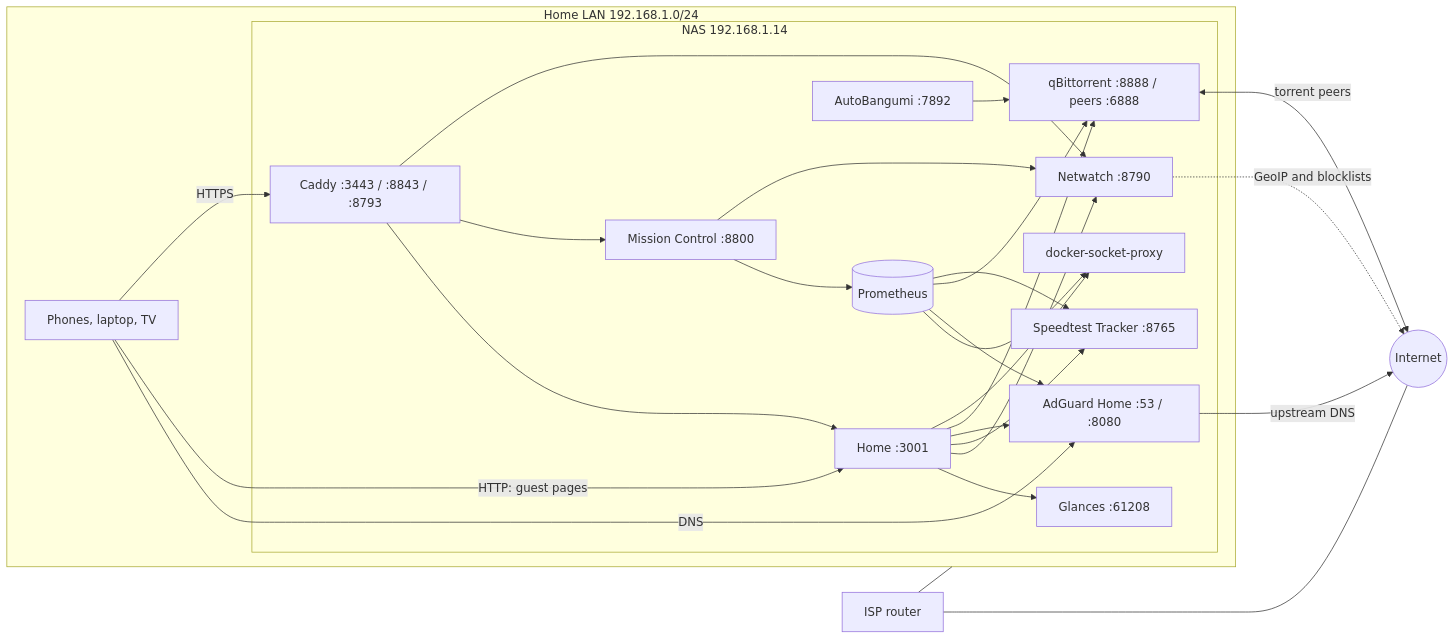
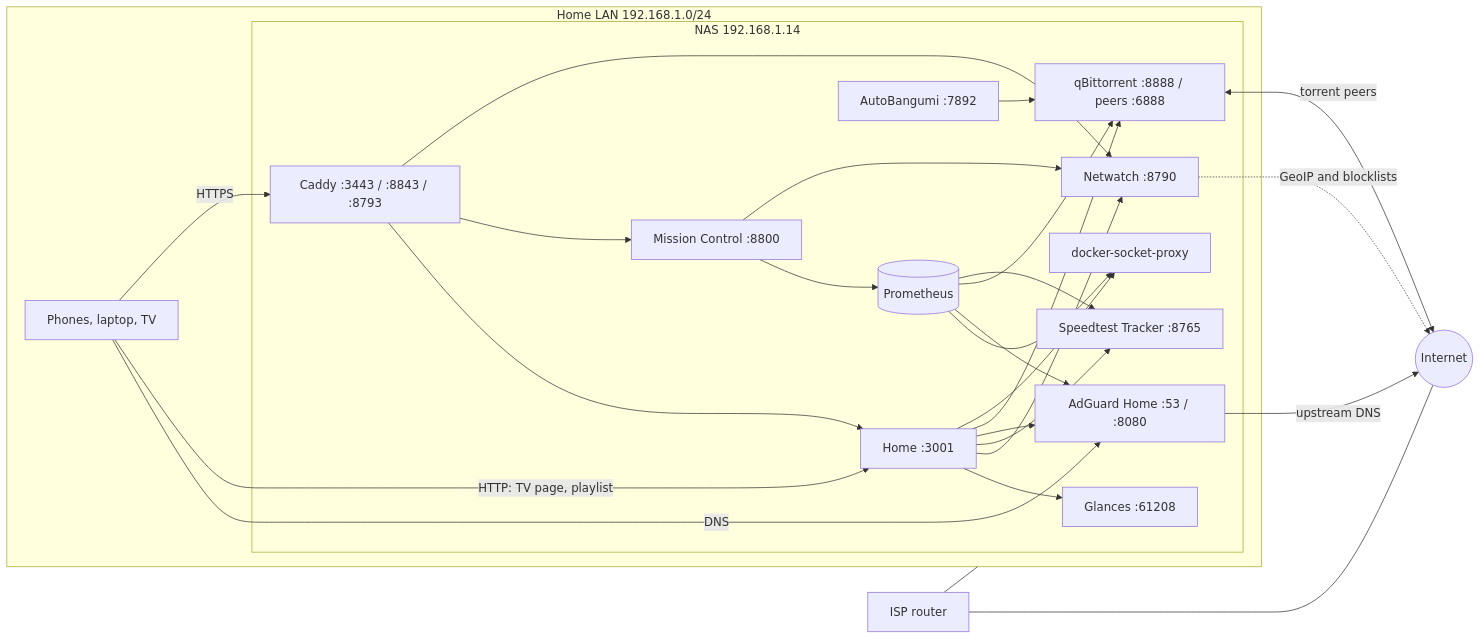
One commit to Achar0/nas-homelab changed the diagram in README.md. Above: the diagram before and after it, drawn with Mermaid. The commit also changed other lines of this file and 12 other files, not shown here.

````diff
--- a/README.md
+++ b/README.md
@@ -93,33 +93,33 @@
 ```mermaid
 flowchart LR
   subgraph LAN[Home LAN 192.168.1.0/24]
     Devices[Phones, laptop, TV] -- DNS --> AdGuard
-    Devices -- HTTP: guest pages --> Homepage
+    Devices -- "HTTP: TV page, playlist" --> Homepage
     Devices -- HTTPS --> Caddy
     subgraph NAS[NAS 192.168.1.14]
       Caddy[Caddy :3443 / :8843 / :8793]
       Caddy --> Homepage & MC & NW
       AdGuard[AdGuard Home :53 / :8080]
       Homepage[Home :3001]
       qBt[qBittorrent :8888 / peers :6888]
       AB[AutoBangumi :7892]
       Glances[Glances :61208]
       NW[Netwatch :8790]
       ST[Speedtest Tracker :8765]
       Proxy[docker-socket-proxy]
       MC[Mission Control :8800]
       Prom[(Prometheus)]
       Homepage --> Glances & NW & ST & AdGuard & qBt
       MC --> Prom
       MC --> NW
       Prom --> Proxy & AdGuard & qBt & ST
       Homepage --> Proxy
       AB --> qBt
     end
   end
   AdGuard -- upstream DNS --> Internet((Internet))
   qBt <-- torrent peers --> Internet
   NW -. GeoIP and blocklists .-> Internet
   Router[ISP router] --- LAN
   Router --- Internet
 ```
````
